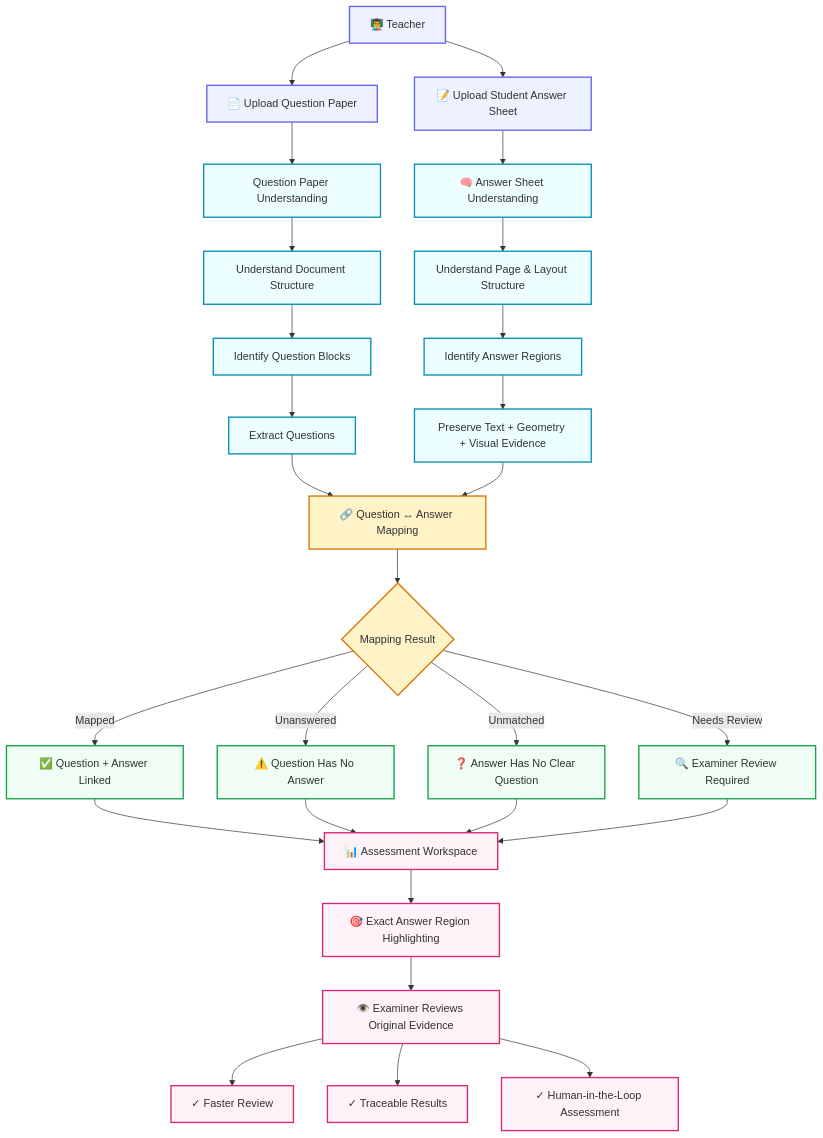
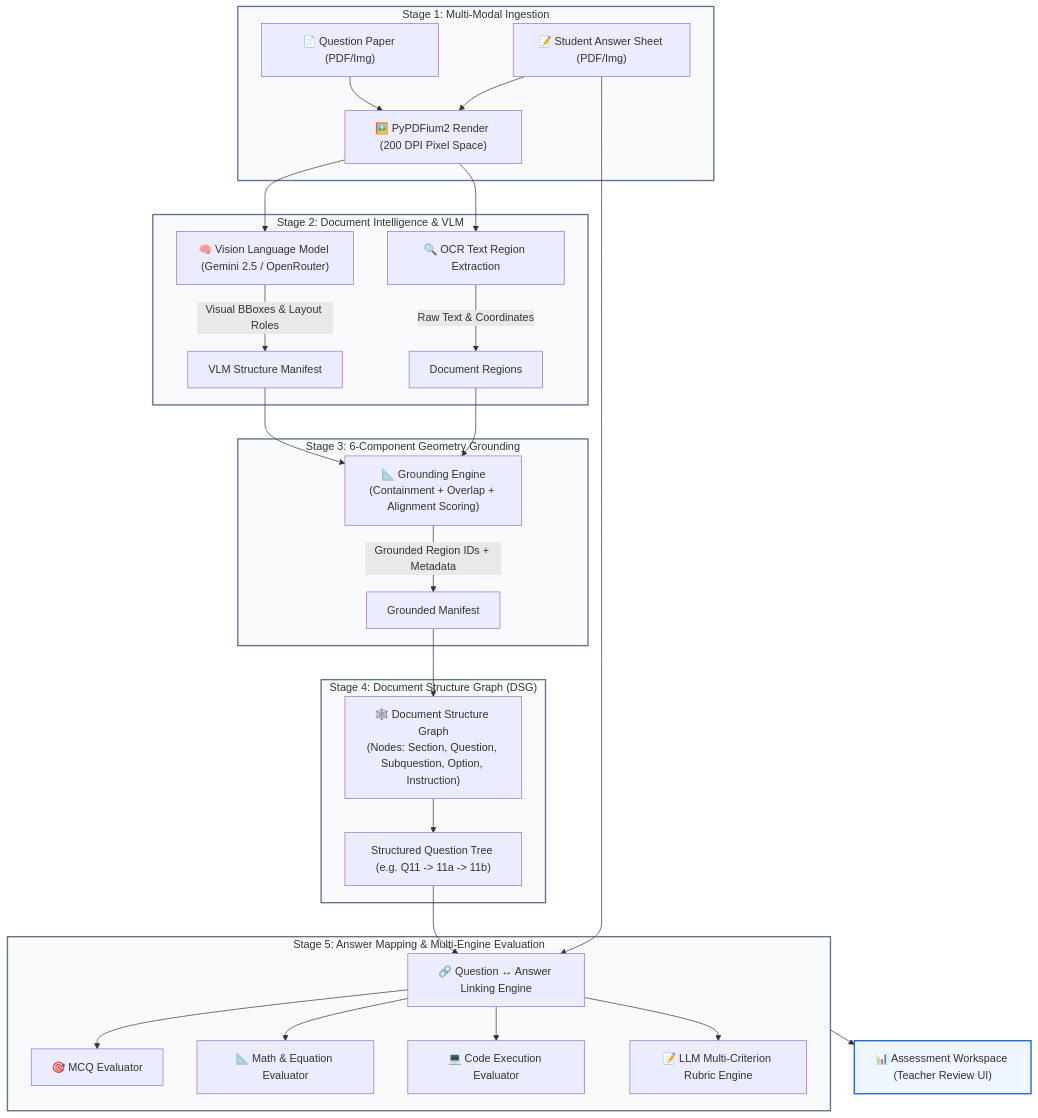
The diagram in README.md (SurinderTech/VedaAi-assingment), drawn with Mermaid before and after one commit. The commit also changed other lines of this file and 3 other files, not shown here.

````diff
--- a/README.md
+++ b/README.md
@@ -82,50 +73,54 @@
 ```mermaid
 flowchart TD
-    A["👨‍🏫 Teacher"] --> B["📄 Upload Question Paper"]
-    A --> C["📝 Upload Student Answer Sheet"]
+    subgraph Stage1["Stage 1: Multi-Modal Ingestion"]
+        QP["📄 Question Paper (PDF/Img)"]
+        AS["📝 Student Answer Sheet (PDF/Img)"]
+        RENDER["🖼️ PyPDFium2 Render (200 DPI Pixel Space)"]
+        QP --> RENDER
+        AS --> RENDER
+    end
 
-    B --> D[" Question Paper Understanding"]
-    C --> E["🧠 Answer Sheet Understanding"]
+    subgraph Stage2["Stage 2: Document Intelligence & VLM"]
+        VLM["🧠 Vision Language Model (Gemini 2.5 / OpenRouter)"]
+        OCR["🔍 OCR Text Region Extraction"]
+        RENDER --> VLM
+        RENDER --> OCR
+        VLM -->|Visual BBoxes & Layout Roles| STRUCT["VLM Structure Manifest"]
+        OCR -->|Raw Text & Coordinates| REGIONS["Document Regions"]
+    end
 
-    D --> D1["Understand Document Structure"]
-    D1 --> D2["Identify Question Blocks"]
-    D2 --> D3["Extract Questions"]
+    subgraph Stage3["Stage 3: 6-Component Geometry Grounding"]
+        GROUNDING["📐 Grounding Engine\n(Containment + Overlap + Alignment Scoring)"]
+        STRUCT --> GROUNDING
+        REGIONS --> GROUNDING
+        GROUNDING -->|Grounded Region IDs + Metadata| GROUNDED_MANIFEST["Grounded Manifest"]
+    end
 
-    E --> E1["Understand Page & Layout Structure"]
-    E1 --> E2["Identify Answer Regions"]
-    E2 --> E3["Preserve Text + Geometry + Visual Evidence"]
+    subgraph Stage4["Stage 4: Document Structure Graph (DSG)"]
+        DSG["🕸️ Document Structure Graph\n(Nodes: Section, Question, Subquestion, Option, Instruction)"]
+        GROUNDED_MANIFEST --> DSG
+        DSG --> HIERARCHY["Structured Question Tree (e.g. Q11 -> 11a -> 11b)"]
+    end
 
-    D3 --> F["🔗 Question ↔ Answer Mapping"]
-    E3 --> F
+    subgraph Stage5["Stage 5: Answer Mapping & Multi-Engine Evaluation"]
+        MAPPING["🔗 Question ↔ Answer Linking Engine"]
+        MCQ_ENG["🎯 MCQ Evaluator"]
+        MATH_ENG["📐 Math & Equation Evaluator"]
+        CODE_ENG["💻 Code Execution Evaluator"]
+        RUBRIC_ENG["📝 LLM Multi-Criterion Rubric Engine"]
+        
+        HIERARCHY --> MAPPING
+        AS --> MAPPING
+        MAPPING --> MCQ_ENG
+        MAPPING --> MATH_ENG
+        MAPPING --> CODE_ENG
+        MAPPING --> RUBRIC_ENG
+    end
 
-    F --> G{"Mapping Result"}
+    Stage5 --> WORKSPACE["📊 Assessment Workspace (Teacher Review UI)"]
 
-    G -->|Mapped| H["✅ Question + Answer Linked"]
-    G -->|Unanswered| I["⚠️ Question Has No Answer"]
-    G -->|Unmatched| J["❓ Answer Has No Clear Question"]
-    G -->|Needs Review| K["🔍 Examiner Review Required"]
-
-    H --> L["📊 Assessment Workspace"]
-    I --> L
-    J --> L
-    K --> L
-
-    L --> M["🎯 Exact Answer Region Highlighting"]
-    M --> N["👁️ Examiner Reviews Original Evidence"]
-
-    N --> O["✓ Faster Review"]
-    N --> P["✓ Traceable Results"]
-    N --> Q["✓ Human-in-the-Loop Assessment"]
-
-    classDef input fill:#eef2ff,stroke:#6366f1,stroke-width:2px
-    classDef intelligence fill:#ecfeff,stroke:#0891b2,stroke-width:2px
-    classDef mapping fill:#fef3c7,stroke:#d97706,stroke-width:2px
-    classDef result fill:#f0fdf4,stroke:#16a34a,stroke-width:2px
-    classDef review fill:#fdf2f8,stroke:#db2777,stroke-width:2px
-
-    class A,B,C input
-    class D,D1,D2,D3,E,E1,E2,E3 intelligence
-    class F,G mapping
-    class H,I,J,K result
-    class L,M,N,O,P,Q review
+    classDef stage fill:#f8fafc,stroke:#64748b,stroke-width:2px;
+    classDef highlight fill:#eff6ff,stroke:#2563eb,stroke-width:2px;
+    class Stage1,Stage2,Stage3,Stage4,Stage5 stage;
+    class WORKSPACE highlight;
 ```
````
